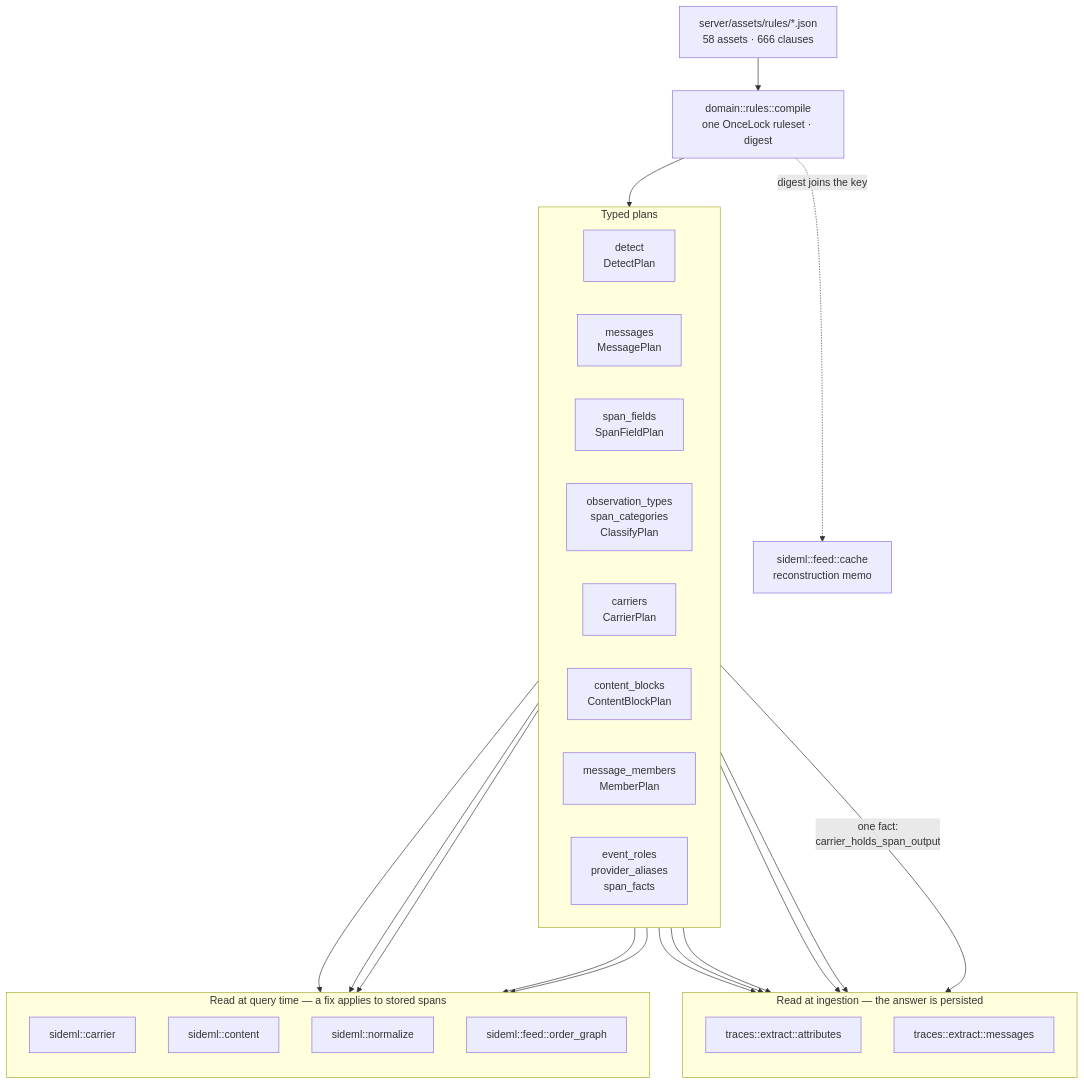
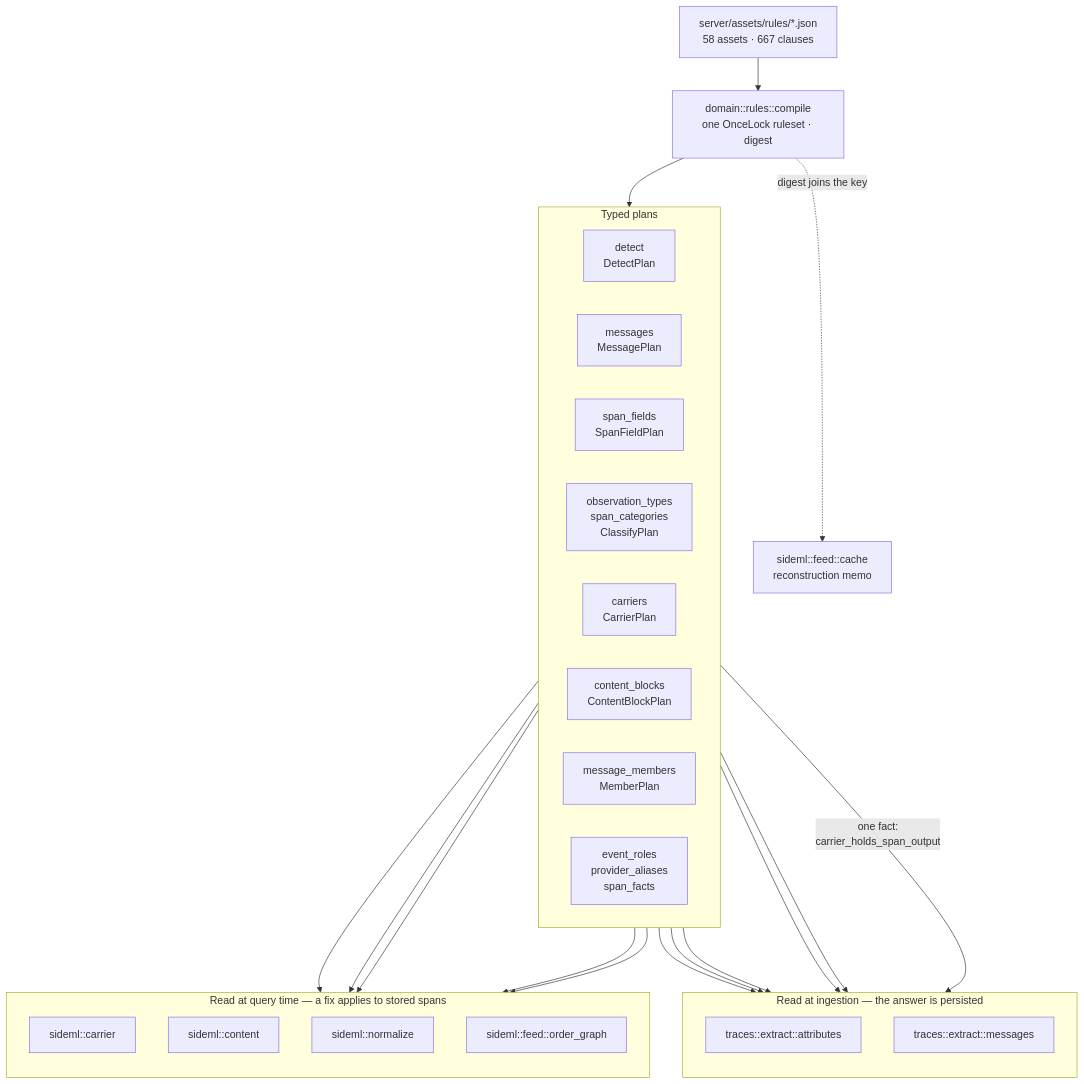
The first of 7 diagrams in docs/engineering/architecture-diagrams.md (sideseat/sideseat), drawn with Mermaid before and after one commit. The commit also changed 8 other files, not shown here.

First line of the commit message:
fix(rules): a CrewAI flow's routing labels are not the agent's replies

````diff
--- a/docs/engineering/architecture-diagrams.md
+++ b/docs/engineering/architecture-diagrams.md
@@ -18,47 +18,47 @@
 ```mermaid
 flowchart TB
-    assets["server/assets/rules/*.json<br/>58 assets · 666 clauses"]
+    assets["server/assets/rules/*.json<br/>58 assets · 667 clauses"]
     compile["domain::rules::compile<br/>one OnceLock ruleset · digest"]
     assets --> compile
 
     subgraph plans["Typed plans"]
         direction LR
         detect["detect<br/>DetectPlan"]
         messages["messages<br/>MessagePlan"]
         fields["span_fields<br/>SpanFieldPlan"]
         classify["observation_types<br/>span_categories<br/>ClassifyPlan"]
         carriers["carriers<br/>CarrierPlan"]
         blocks["content_blocks<br/>ContentBlockPlan"]
         members["message_members<br/>MemberPlan"]
         roles["event_roles<br/>provider_aliases<br/>span_facts"]
     end
     compile --> plans
 
     subgraph ingest["Read at ingestion — the answer is persisted"]
         direction TB
         attrs["traces::extract::attributes"]
         msgs["traces::extract::messages"]
     end
 
     subgraph query["Read at query time — a fix applies to stored spans"]
         direction TB
         carrier["sideml::carrier"]
         content["sideml::content"]
         normalize["sideml::normalize"]
         order["sideml::feed::order_graph"]
     end
 
     detect --> attrs
     fields --> attrs
     classify --> attrs
     roles --> attrs
     messages --> msgs
     carriers -->|"one fact:<br/>carrier_holds_span_output"| msgs
     carriers --> carrier
     carriers --> order
     blocks --> content
     members --> content
     roles --> normalize
 
     compile -. "digest joins the key" .-> cache["sideml::feed::cache<br/>reconstruction memo"]
 ```
````
